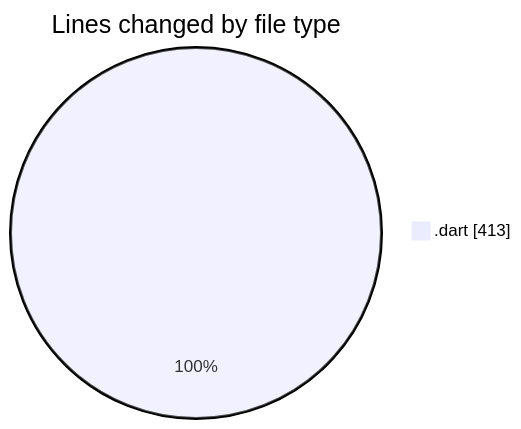
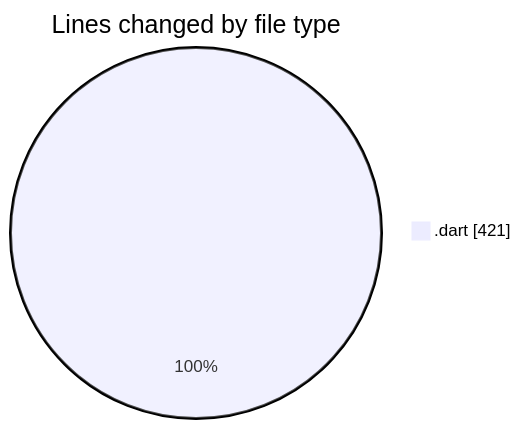
The first of 2 diagrams in 2025-03-25/wordle/README.md (donsfak/code-tracking), drawn with Mermaid before and after one commit. The commit also changed other lines of this file and 1 other file, not shown here.

````diff
--- a/2025-03-25/wordle/README.md
+++ b/2025-03-25/wordle/README.md
@@ -26,5 +26,5 @@
 ```mermaid
 pie showData
 title Lines changed by file type
-".dart" : 413
+".dart" : 421
 ```
````
